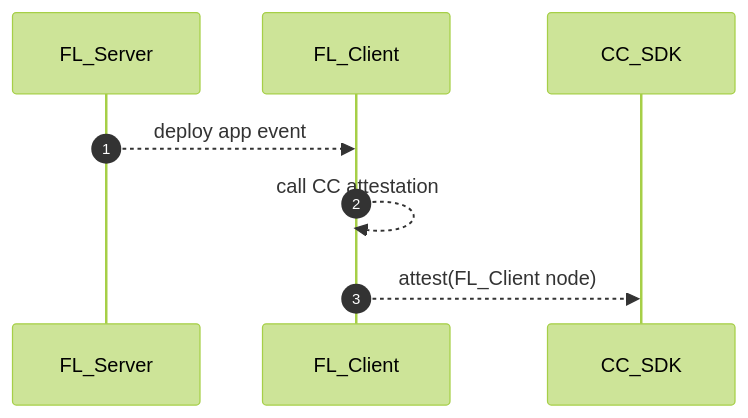
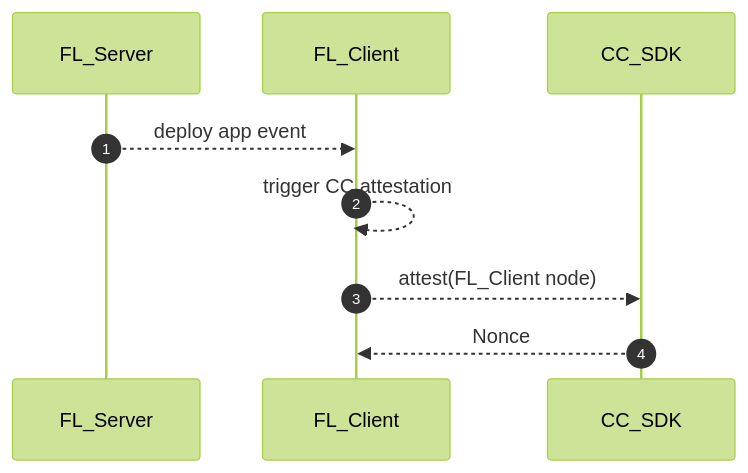
Diagram 11 of 14 in docs/confidential_computing/detailed_cc_sequence_diagram.md (hitesh-ag1/NVFlare), drawn with Mermaid (forest theme) before and after one commit. The commit also changed other lines of this file, not shown here.

Commit message:
Sequence diagram for CC

````diff
--- a/docs/confidential_computing/detailed_cc_sequence_diagram.md
+++ b/docs/confidential_computing/detailed_cc_sequence_diagram.md
@@ -222,12 +235,12 @@
 ```mermaid
 sequenceDiagram
    autonumber
     participant FL_Server
     participant FL_Client
     participant CC_SDK
    
     FL_Server -->> FL_Client: deploy app event
-    FL_Client -->> FL_Client: call CC attestation 
+    FL_Client -->> FL_Client: trigger CC attestation 
     FL_Client -->> CC_SDK: attest(FL_Client node)
-   
+    CC_SDK -->> FL_Client: Nonce
 ```
````
